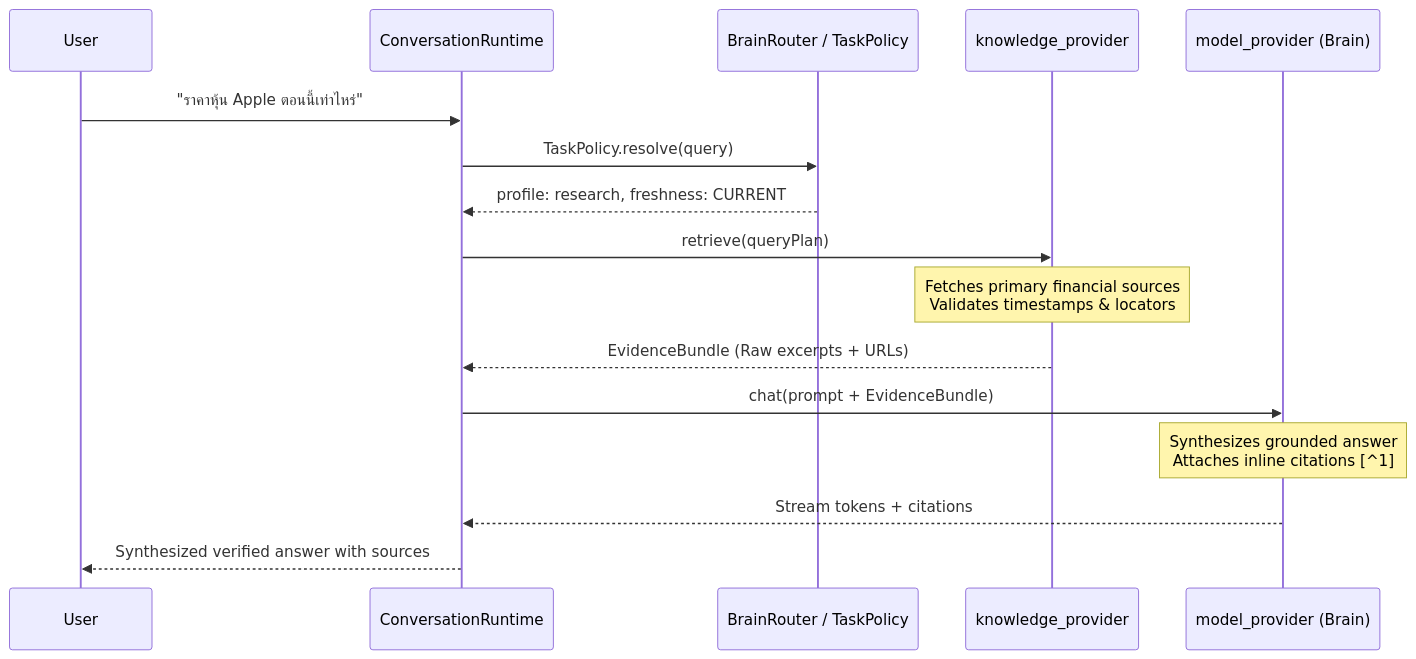
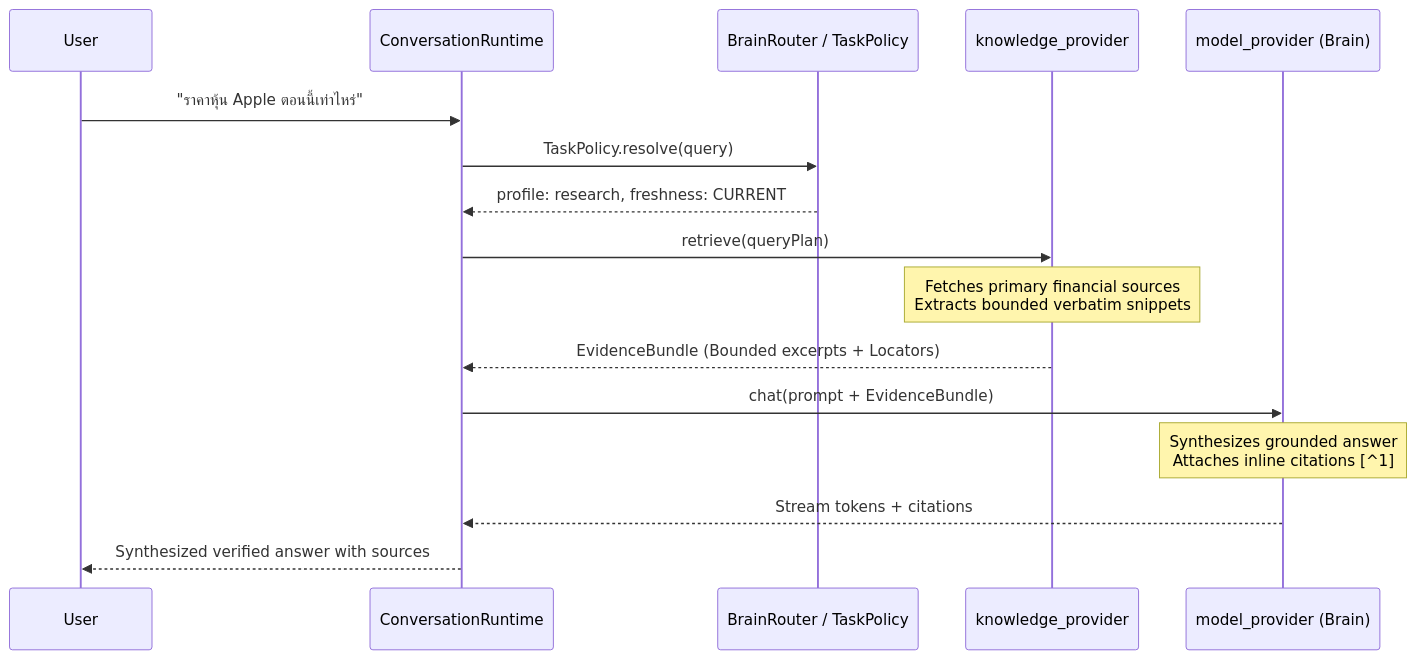
Before and after one commit to Jeff7563/MAVE: the third of 8 diagrams in docs/architecture/MAVE_F1_8_RESEARCH_TRUTH_ARCHITECTURE_AUDIT.md, drawn with Mermaid. The commit also changed other lines of this file, not shown here.

Commit message:
docs(intelligence): harden research truth architecture

````diff
--- a/docs/architecture/MAVE_F1_8_RESEARCH_TRUTH_ARCHITECTURE_AUDIT.md
+++ b/docs/architecture/MAVE_F1_8_RESEARCH_TRUTH_ARCHITECTURE_AUDIT.md
@@ -223,19 +227,19 @@
 ```mermaid
 sequenceDiagram
     participant User
     participant Runtime as ConversationRuntime
     participant Router as BrainRouter / TaskPolicy
     participant Knowledge as knowledge_provider
     participant Model as model_provider (Brain)
 
     User->>Runtime: "ราคาหุ้น Apple ตอนนี้เท่าไหร่"
     Runtime->>Router: TaskPolicy.resolve(query)
     Router-->>Runtime: profile: research, freshness: CURRENT
     Runtime->>Knowledge: retrieve(queryPlan)
-    Note over Knowledge: Fetches primary financial sources<br/>Validates timestamps & locators
-    Knowledge-->>Runtime: EvidenceBundle (Raw excerpts + URLs)
+    Note over Knowledge: Fetches primary financial sources<br/>Extracts bounded verbatim snippets
+    Knowledge-->>Runtime: EvidenceBundle (Bounded excerpts + Locators)
     Runtime->>Model: chat(prompt + EvidenceBundle)
     Note over Model: Synthesizes grounded answer<br/>Attaches inline citations [^1]
     Model-->>Runtime: Stream tokens + citations
     Runtime-->>User: Synthesized verified answer with sources
 ```
````
